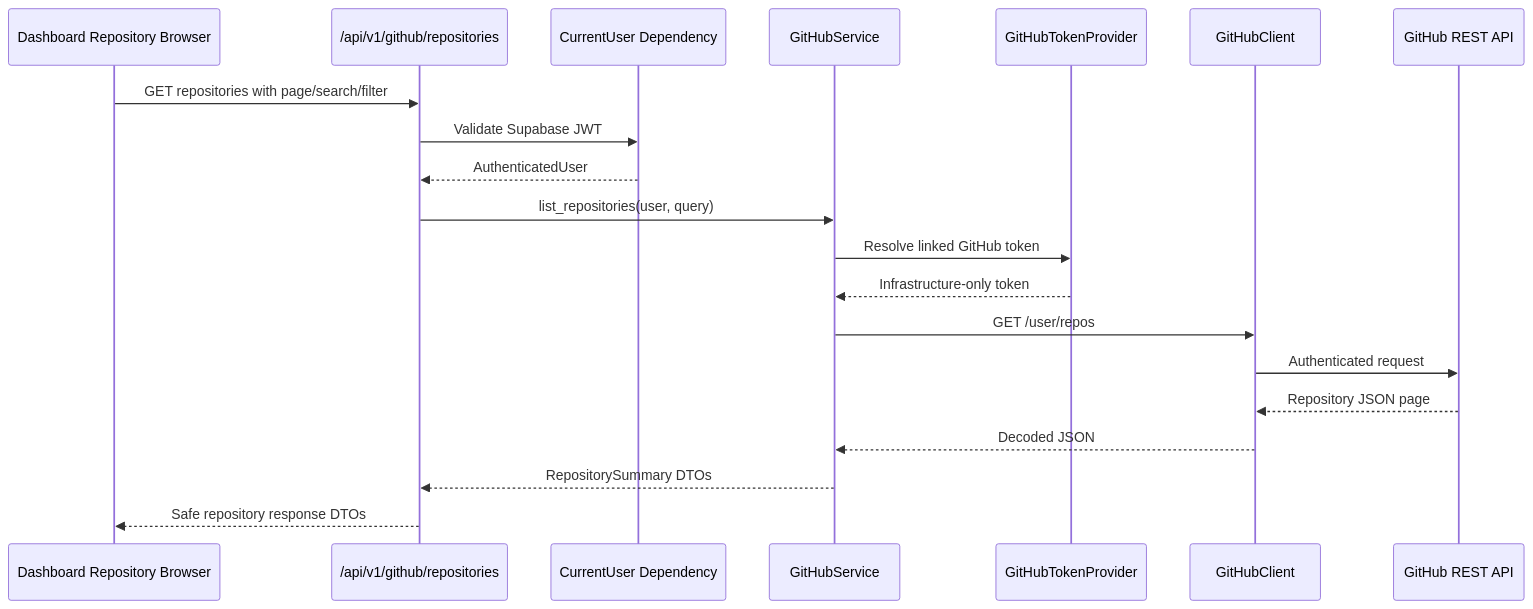
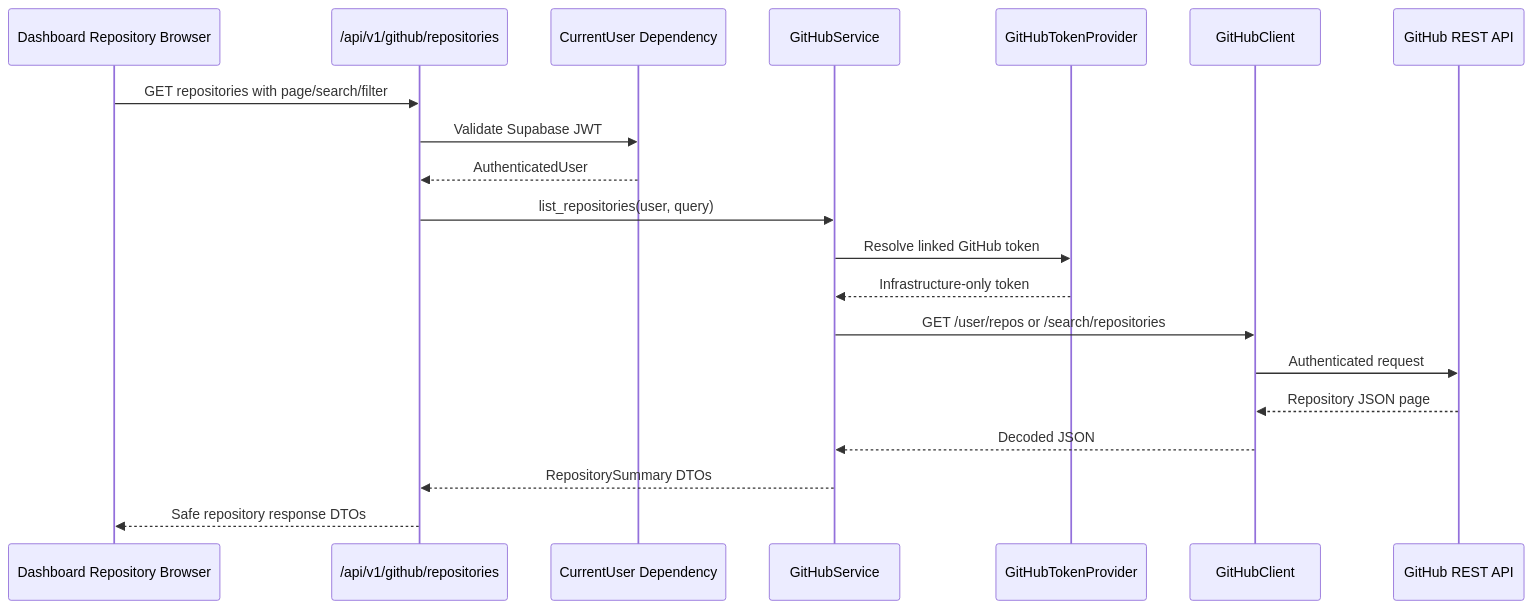
Before and after one commit to Karthikrnaik24/RepoMind_AI: the third of 4 diagrams in docs/GITHUB_ARCHITECTURE.md, drawn with Mermaid. The commit also changed other lines of this file and 20 other files, not shown here.

````diff
--- a/docs/GITHUB_ARCHITECTURE.md
+++ b/docs/GITHUB_ARCHITECTURE.md
@@ -145,23 +129,23 @@
 ```mermaid
 sequenceDiagram
     participant UI as Dashboard Repository Browser
     participant API as /api/v1/github/repositories
     participant Auth as CurrentUser Dependency
     participant Service as GitHubService
     participant TokenProvider as GitHubTokenProvider
     participant Client as GitHubClient
     participant GitHub as GitHub REST API
 
     UI->>API: GET repositories with page/search/filter
     API->>Auth: Validate Supabase JWT
     Auth-->>API: AuthenticatedUser
     API->>Service: list_repositories(user, query)
     Service->>TokenProvider: Resolve linked GitHub token
     TokenProvider-->>Service: Infrastructure-only token
-    Service->>Client: GET /user/repos
+    Service->>Client: GET /user/repos or /search/repositories
     Client->>GitHub: Authenticated request
     GitHub-->>Client: Repository JSON page
     Client-->>Service: Decoded JSON
     Service-->>API: RepositorySummary DTOs
     API-->>UI: Safe repository response DTOs
 ```
````
